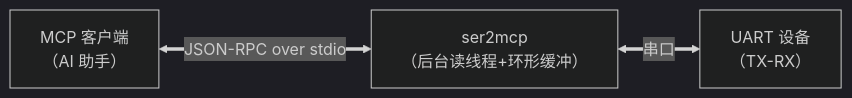
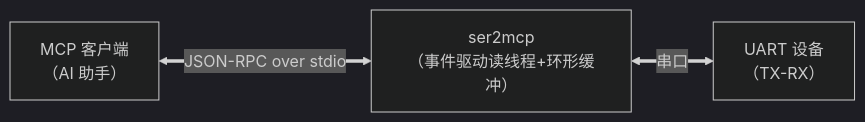
The diagram in README.md (woooooooooolf/ser2mcp), drawn with Mermaid (dark theme) before and after one commit. The commit also changed other lines of this file and 7 other files, not shown here.

````diff
--- a/README.md
+++ b/README.md
@@ -34,9 +34,9 @@
 ```mermaid
 flowchart LR
     client["MCP 客户端<br>（AI 助手）"]
-    server["ser2mcp<br>（后台读线程+环形缓冲）"]
+    server["ser2mcp<br>（事件驱动读线程+环形缓冲）"]
     uart["UART 设备<br>（TX-RX）"]
 
     client <==>|"JSON-RPC over stdio"| server
     server <==>|"串口"| uart
 ```
````
